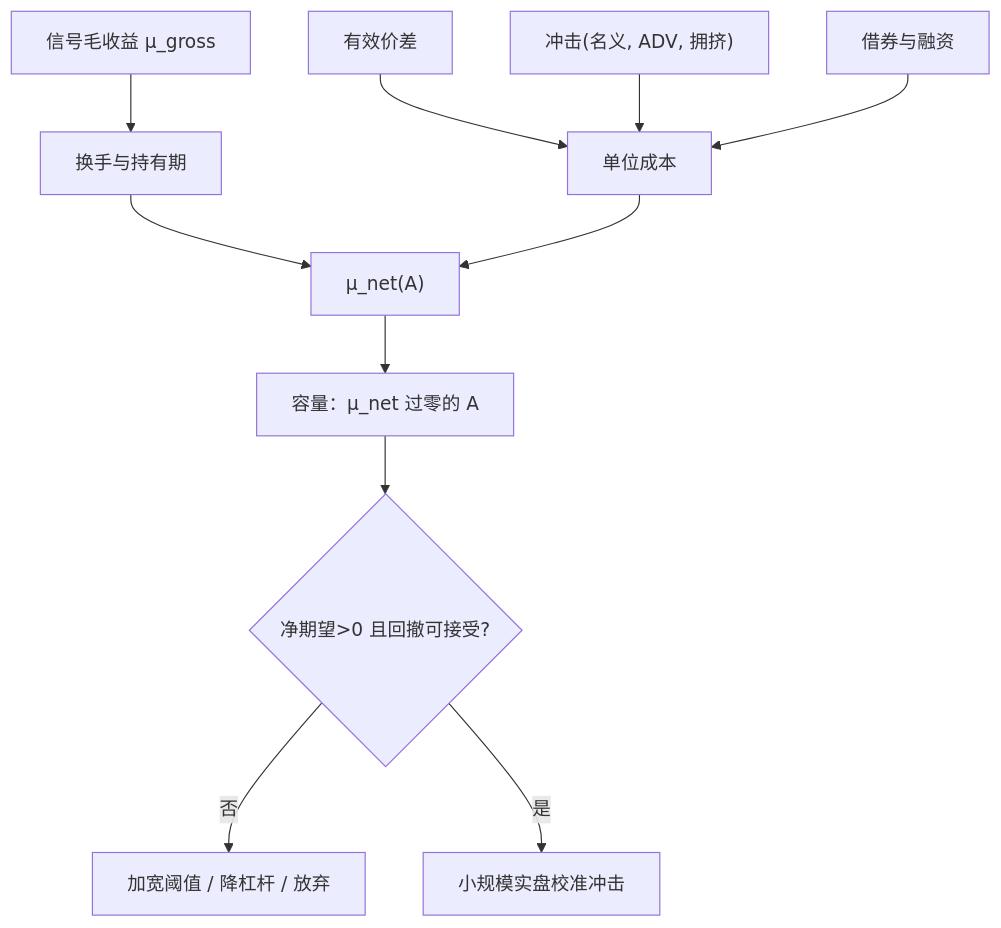
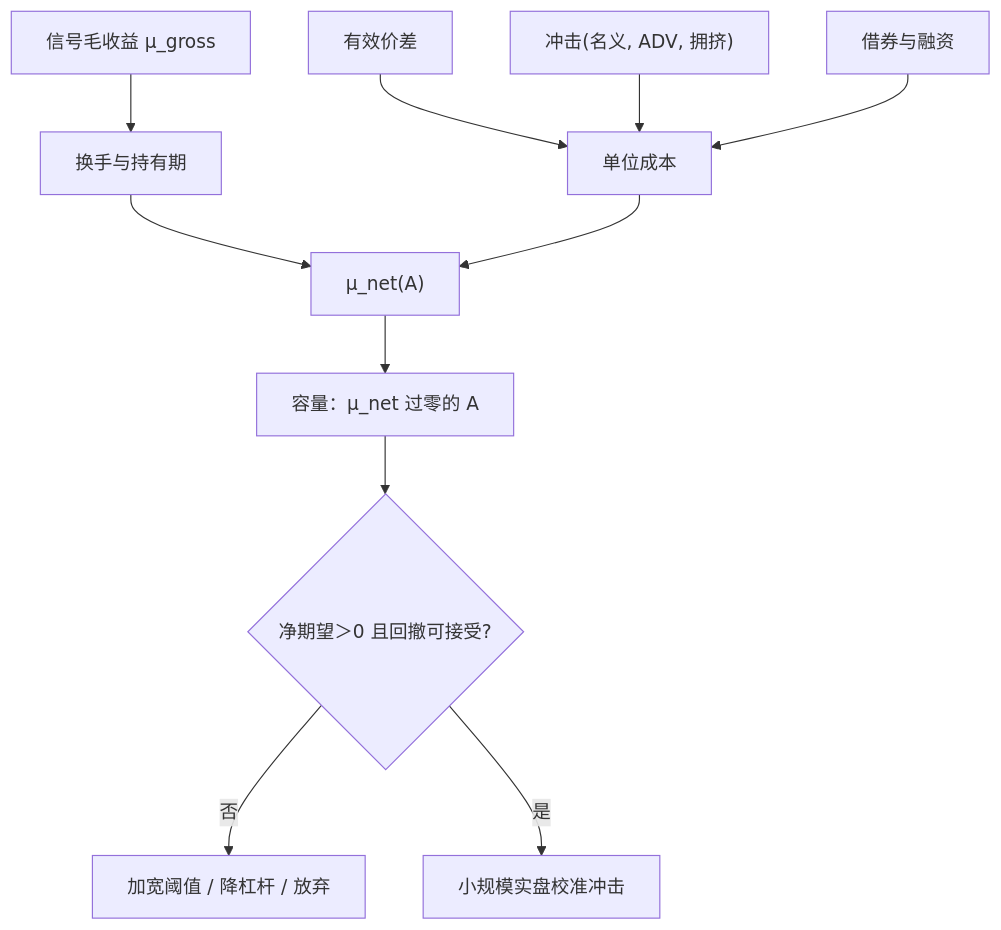
Before and after one commit to xhongduo-tech/xhongduo-tech.github.io: the second of 2 diagrams in docs/quant/net-edge.md, drawn with Mermaid. The commit also changed 291 other files, not shown here.

Commit message:
Normalize lesson titles to tree names and repair mermaid arrow/quote syntax site-wide.

````diff
--- a/docs/quant/net-edge.md
+++ b/docs/quant/net-edge.md
@@ -84,13 +84,13 @@
 ```mermaid
 flowchart TD
   SIG["信号毛收益 μ_gross"] --> TO["换手与持有期"]
   ES["有效价差"] --> C["单位成本"]
   IMP["冲击(名义, ADV, 拥挤)"] --> C
   BR["借券与融资"] --> C
   TO --> NET["μ_net(A)"]
   C --> NET
   NET --> CAP["容量：μ_net 过零的 A"]
-  CAP --> GO{"净期望>0 且回撤可接受?"}
+  CAP --> GO{"净期望＞0 且回撤可接受?"}
   GO -->|否| RED["加宽阈值 / 降杠杆 / 放弃"]
   GO -->|是| LIVE["小规模实盘校准冲击"]
 ```
````
